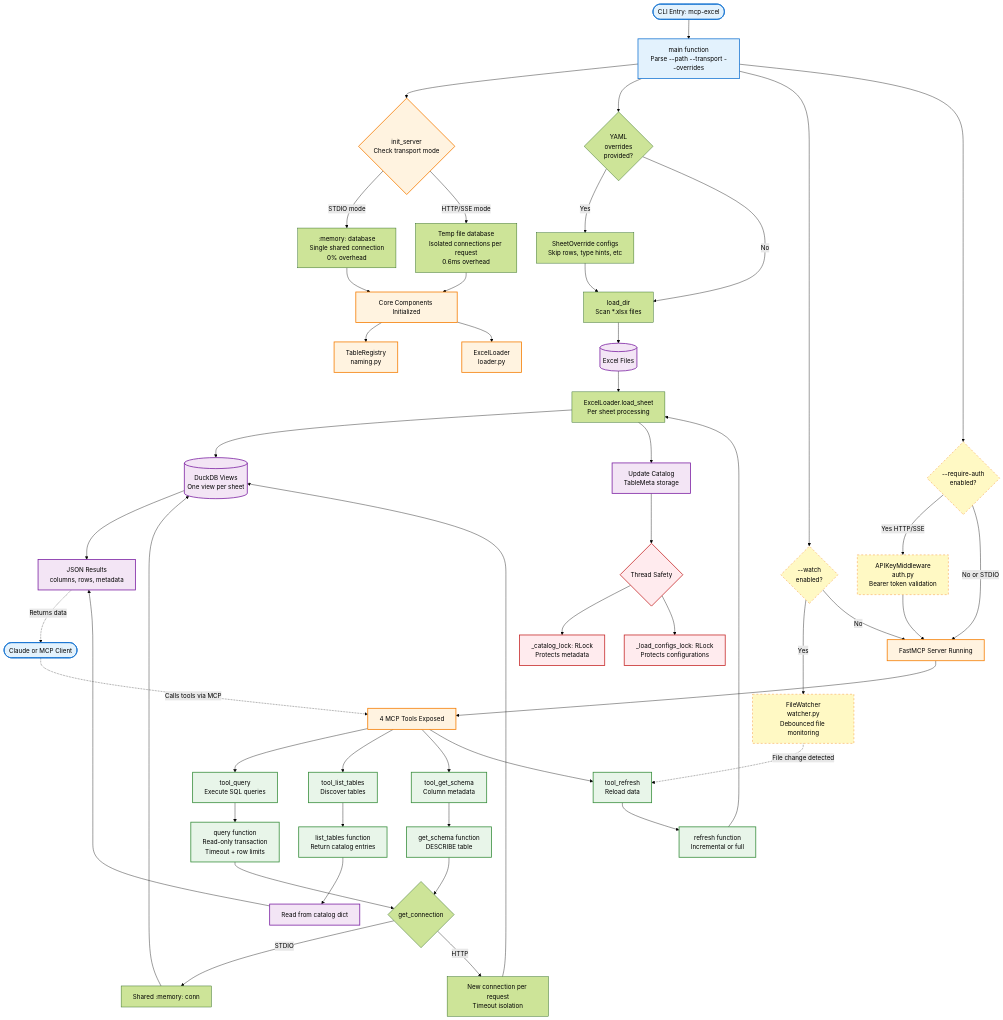
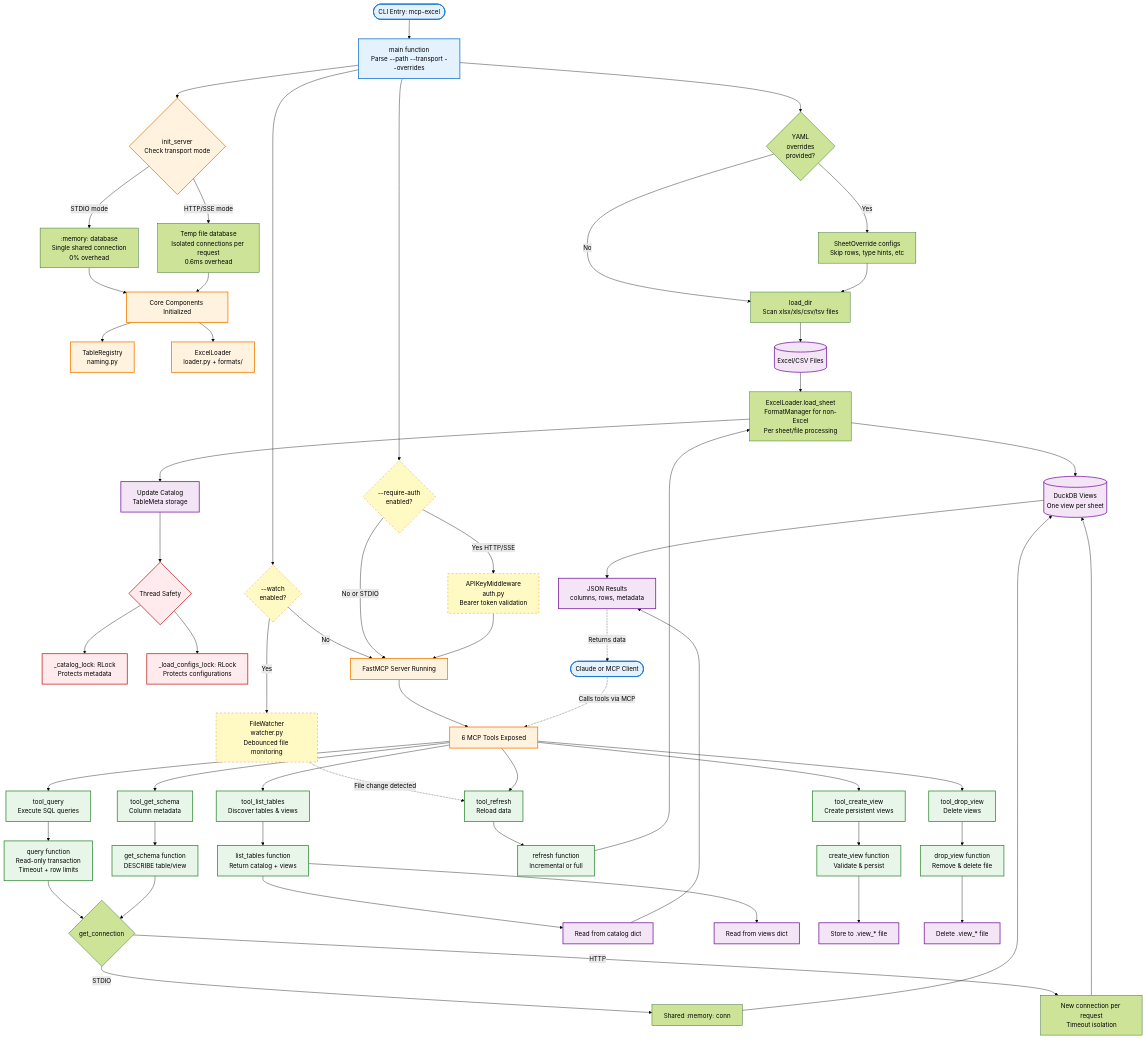
One commit to ivan-loh/mcp-excel changed the diagram in DEVELOPMENT.md. Above: the diagram before and after it, drawn with Mermaid (forest theme). The commit also changed other lines of this file and 49 other files, not shown here.

Commit message:
Bump version to 0.6.0 with view management, optimized tool descriptions, and reorganized examples

````diff
--- a/DEVELOPMENT.md
+++ b/DEVELOPMENT.md
@@ -34,15 +36,15 @@
     HttpPath --> CoreComponents
 
     CoreComponents[Core Components Initialized] --> Registry[TableRegistry<br>naming.py]
-    CoreComponents --> LoaderComp[ExcelLoader<br>loader.py]
+    CoreComponents --> LoaderComp[ExcelLoader<br>loader.py + formats/]
 
     Main --> ParseOverrides{YAML<br>overrides<br>provided?}
     ParseOverrides -->|Yes| Overrides[SheetOverride configs<br>Skip rows, type hints, etc]
     ParseOverrides -->|No| LoadDir
     Overrides --> LoadDir
 
-    LoadDir[load_dir<br>Scan *.xlsx files] --> Excel[(Excel Files)]
-    Excel --> LoadSheet[ExcelLoader.load_sheet<br>Per sheet processing]
+    LoadDir[load_dir<br>Scan xlsx/xls/csv/tsv files] --> Files[(Excel/CSV Files)]
+    Files --> LoadSheet[ExcelLoader.load_sheet<br>FormatManager for non-Excel<br>Per sheet/file processing]
     LoadSheet --> DuckDB[(DuckDB Views<br>One view per sheet)]
     LoadSheet --> CatalogUpdate[Update Catalog<br>TableMeta storage]
     CatalogUpdate --> Locks{Thread Safety}
@@ -59,22 +61,29 @@
     AuthFlag -->|No or STDIO| StartMCP
     Auth --> StartMCP
 
-    StartMCP[FastMCP Server Running] --> Tools[4 MCP Tools Exposed]
+    StartMCP[FastMCP Server Running] --> Tools[6 MCP Tools Exposed]
 
     Tools --> ToolQuery[tool_query<br>Execute SQL queries]
-    Tools --> ToolList[tool_list_tables<br>Discover tables]
+    Tools --> ToolList[tool_list_tables<br>Discover tables & views]
     Tools --> ToolSchema[tool_get_schema<br>Column metadata]
     Tools --> ToolRefresh[tool_refresh<br>Reload data]
+    Tools --> ToolCreateView[tool_create_view<br>Create persistent views]
+    Tools --> ToolDropView[tool_drop_view<br>Delete views]
 
     ToolQuery --> QueryFunc[query function<br>Read-only transaction<br>Timeout + row limits]
-    ToolList --> ListFunc[list_tables function<br>Return catalog entries]
-    ToolSchema --> SchemaFunc[get_schema function<br>DESCRIBE table]
+    ToolList --> ListFunc[list_tables function<br>Return catalog + views]
+    ToolSchema --> SchemaFunc[get_schema function<br>DESCRIBE table/view]
     ToolRefresh --> RefreshFunc[refresh function<br>Incremental or full]
+    ToolCreateView --> CreateViewFunc[create_view function<br>Validate & persist]
+    ToolDropView --> DropViewFunc[drop_view function<br>Remove & delete file]
 
     QueryFunc --> ConnMgmt{get_connection}
     ListFunc --> CatalogRead[Read from catalog dict]
+    ListFunc --> ViewRead[Read from views dict]
     SchemaFunc --> ConnMgmt
     RefreshFunc --> LoadSheet
+    CreateViewFunc --> ViewStore[Store to .view_* file]
+    DropViewFunc --> ViewDelete[Delete .view_* file]
 
     ConnMgmt -->|STDIO| SharedConn[Shared :memory: conn]
     ConnMgmt -->|HTTP| IsolatedConn[New connection per request<br>Timeout isolation]
@@ -97,8 +106,8 @@
 
     class Start,Main,Client entry
     class Init,CoreComponents,Registry,LoaderComp,StartMCP,Tools core
-    class Excel,DuckDB,CatalogUpdate,CatalogRead,Results storage
-    class ToolQuery,ToolList,ToolSchema,ToolRefresh,QueryFunc,ListFunc,SchemaFunc,RefreshFunc tool
+    class Files,DuckDB,CatalogUpdate,CatalogRead,ViewRead,ViewStore,ViewDelete,Results storage
+    class ToolQuery,ToolList,ToolSchema,ToolRefresh,ToolCreateView,ToolDropView,QueryFunc,ListFunc,SchemaFunc,RefreshFunc,CreateViewFunc,DropViewFunc tool
     class FileWatcher,Auth,WatchFlag,AuthFlag optional
     class Locks,CatalogLock,ConfigLock safety
 ```
````
